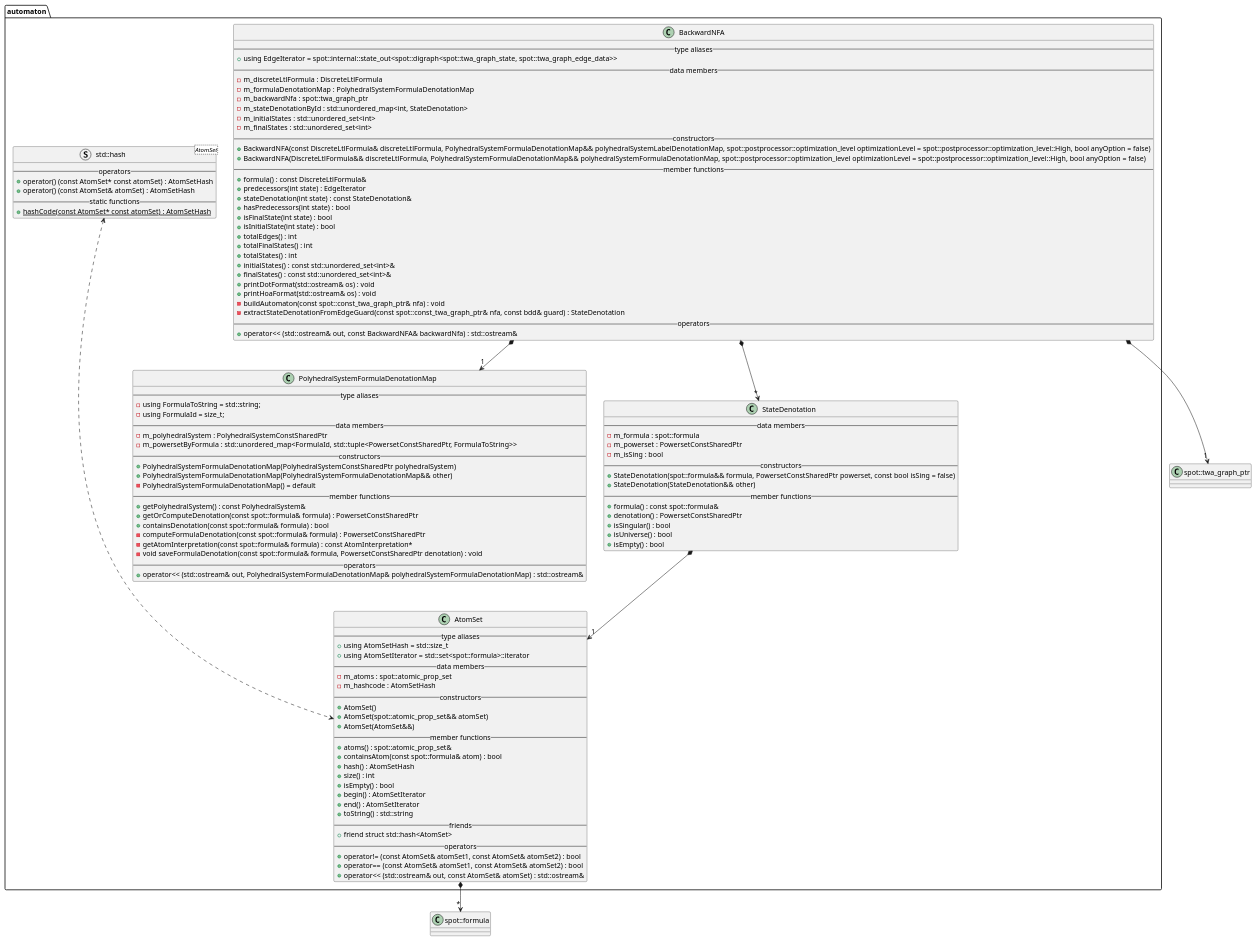
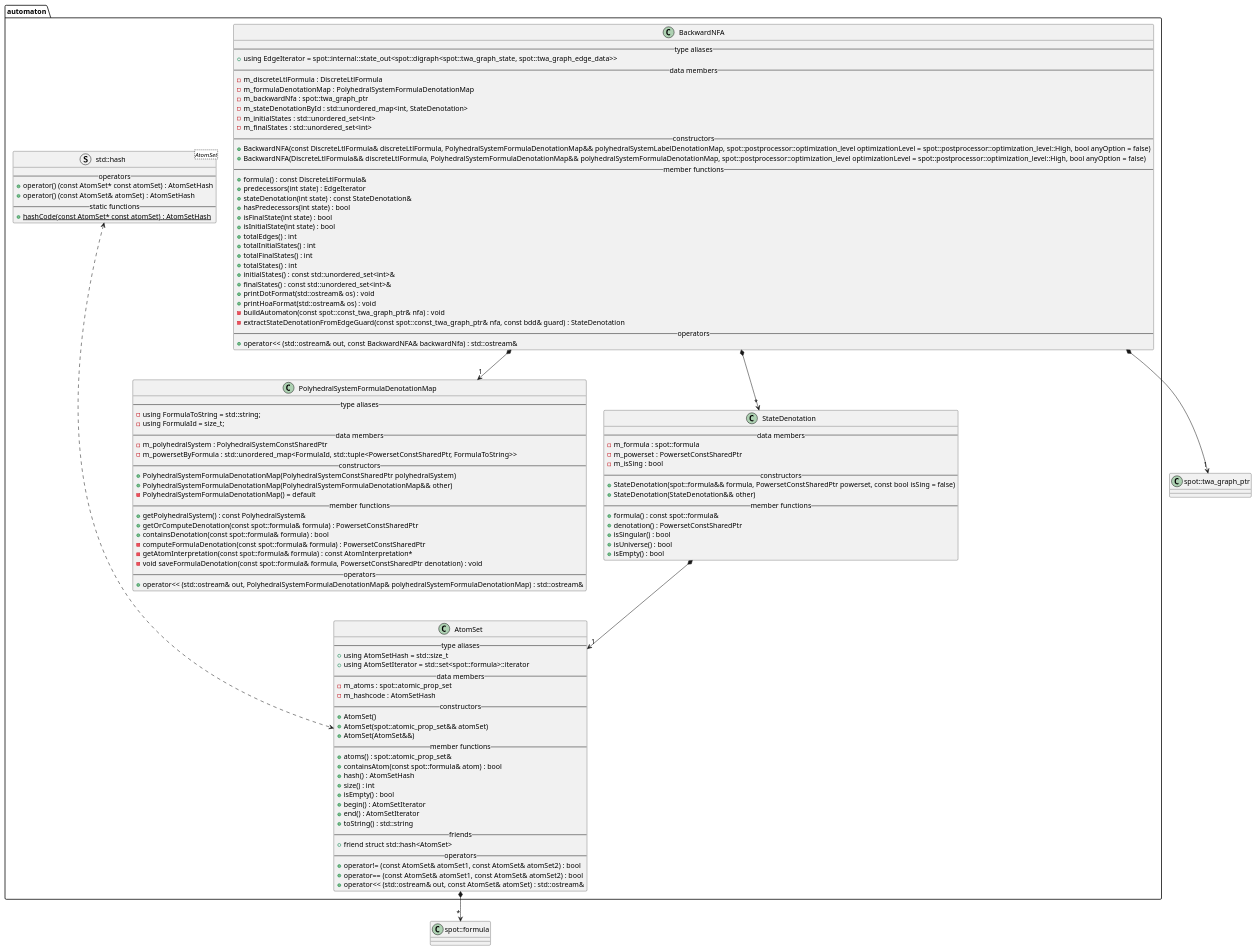
Before and after one commit to vtramo/rtl-mc: the diagram in docs/plantuml/automaton.puml, drawn with PlantUML. The commit also changed 3 other files, not shown here.

Commit message:
feat: add totalInitialStates method in BackwardNFA

```diff
--- a/docs/plantuml/automaton.puml
+++ b/docs/plantuml/automaton.puml
@@ -1,122 +1,123 @@
 @startuml
 
 /' Objects '/
 package automaton {
     class AtomSet {
         --type aliases--
         +using AtomSetHash = std::size_t
         +using AtomSetIterator = std::set<spot::formula>::iterator
         --data members--
         -m_atoms : spot::atomic_prop_set
         -m_hashcode : AtomSetHash
         --constructors--
         +AtomSet()
         +AtomSet(spot::atomic_prop_set&& atomSet)
         +AtomSet(AtomSet&&)
         --member functions--
         +atoms() : spot::atomic_prop_set&
         +containsAtom(const spot::formula& atom) : bool
         +hash() : AtomSetHash
         +size() : int
         +isEmpty() : bool
         +begin() : AtomSetIterator
         +end() : AtomSetIterator
         +toString() : std::string
         --friends--
         +friend struct std::hash<AtomSet>
         --operators--
         +operator!= (const AtomSet& atomSet1, const AtomSet& atomSet2) : bool
         +operator== (const AtomSet& atomSet1, const AtomSet& atomSet2) : bool
         +operator<< (std::ostream& out, const AtomSet& atomSet) : std::ostream&
     }
 
     class BackwardNFA {
         --type aliases--
         +using EdgeIterator = spot::internal::state_out<spot::digraph<spot::twa_graph_state, spot::twa_graph_edge_data>>
         --data members--
         -m_discreteLtlFormula : DiscreteLtlFormula
         -m_formulaDenotationMap : PolyhedralSystemFormulaDenotationMap
         -m_backwardNfa : spot::twa_graph_ptr
         -m_stateDenotationById : std::unordered_map<int, StateDenotation>
         -m_initialStates : std::unordered_set<int>
         -m_finalStates : std::unordered_set<int>
         --constructors--
         +BackwardNFA(const DiscreteLtlFormula& discreteLtlFormula, PolyhedralSystemFormulaDenotationMap&& polyhedralSystemLabelDenotationMap, spot::postprocessor::optimization_level optimizationLevel = spot::postprocessor::optimization_level::High, bool anyOption = false)
         +BackwardNFA(DiscreteLtlFormula&& discreteLtlFormula, PolyhedralSystemFormulaDenotationMap&& polyhedralSystemFormulaDenotationMap, spot::postprocessor::optimization_level optimizationLevel = spot::postprocessor::optimization_level::High, bool anyOption = false)
         --member functions--
         +formula() : const DiscreteLtlFormula&
         +predecessors(int state) : EdgeIterator
         +stateDenotation(int state) : const StateDenotation&
         +hasPredecessors(int state) : bool
         +isFinalState(int state) : bool
         +isInitialState(int state) : bool
         +totalEdges() : int
+        +totalInitialStates() : int
         +totalFinalStates() : int
         +totalStates() : int
         +initialStates() : const std::unordered_set<int>&
         +finalStates() : const std::unordered_set<int>&
         +printDotFormat(std::ostream& os) : void
         +printHoaFormat(std::ostream& os) : void
         -buildAutomaton(const spot::const_twa_graph_ptr& nfa) : void
         -extractStateDenotationFromEdgeGuard(const spot::const_twa_graph_ptr& nfa, const bdd& guard) : StateDenotation
         --operators--
         +operator<< (std::ostream& out, const BackwardNFA& backwardNfa) : std::ostream&
     }
 
     class PolyhedralSystemFormulaDenotationMap {
         --type aliases--
         -using FormulaToString = std::string;
         -using FormulaId = size_t;
         --data members--
         -m_polyhedralSystem : PolyhedralSystemConstSharedPtr
         -m_powersetByFormula : std::unordered_map<FormulaId, std::tuple<PowersetConstSharedPtr, FormulaToString>>
         --constructors--
         +PolyhedralSystemFormulaDenotationMap(PolyhedralSystemConstSharedPtr polyhedralSystem)
         +PolyhedralSystemFormulaDenotationMap(PolyhedralSystemFormulaDenotationMap&& other)
         -PolyhedralSystemFormulaDenotationMap() = default
         --member functions--
         +getPolyhedralSystem() : const PolyhedralSystem&
         +getOrComputeDenotation(const spot::formula& formula) : PowersetConstSharedPtr
         +containsDenotation(const spot::formula& formula) : bool
         -computeFormulaDenotation(const spot::formula& formula) : PowersetConstSharedPtr
         -getAtomInterpretation(const spot::formula& formula) : const AtomInterpretation*
         -void saveFormulaDenotation(const spot::formula& formula, PowersetConstSharedPtr denotation) : void
         --operators--
         +operator<< (std::ostream& out, PolyhedralSystemFormulaDenotationMap& polyhedralSystemFormulaDenotationMap) : std::ostream&
     }
 
     class StateDenotation {
         --data members--
         -m_formula : spot::formula
         -m_powerset : PowersetConstSharedPtr
         -m_isSing : bool
         --constructors--
         +StateDenotation(spot::formula&& formula, PowersetConstSharedPtr powerset, const bool isSing = false)
         +StateDenotation(StateDenotation&& other)
         --member functions--
         +formula() : const spot::formula&
         +denotation() : PowersetConstSharedPtr
         +isSingular() : bool
         +isUniverse() : bool
         +isEmpty() : bool
     }
 
     struct std::hash<AtomSet> {
         --operators--
         +operator() (const AtomSet* const atomSet) : AtomSetHash
         +operator() (const AtomSet& atomSet) : AtomSetHash
         --static functions--
         +{static} hashCode(const AtomSet* const atomSet) : AtomSetHash
     }
 }
 
 class spot::twa_graph_ptr {}
 class spot::formula {}
 
 BackwardNFA *--> "1" spot::twa_graph_ptr
 BackwardNFA *--> "1" PolyhedralSystemFormulaDenotationMap
 BackwardNFA *--> "*" StateDenotation
 StateDenotation *--> "1" AtomSet
 AtomSet *--> "*" spot::formula
 std::hash <...> AtomSet
 @enduml
```
